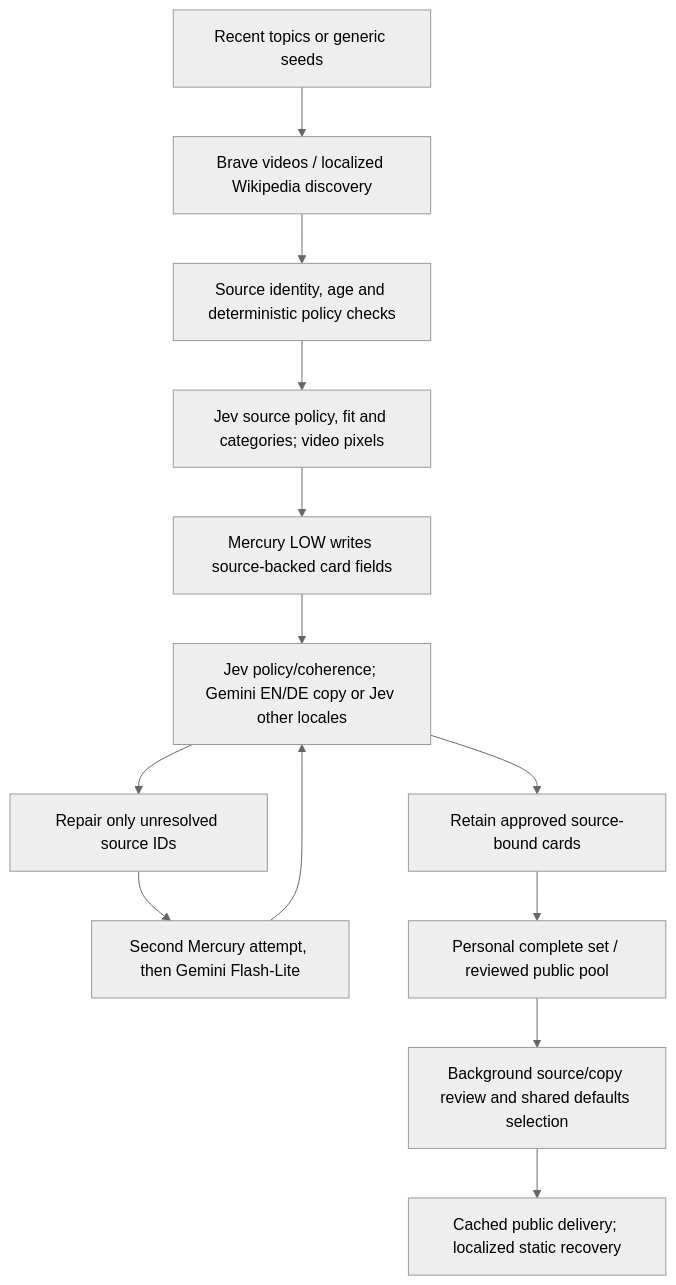
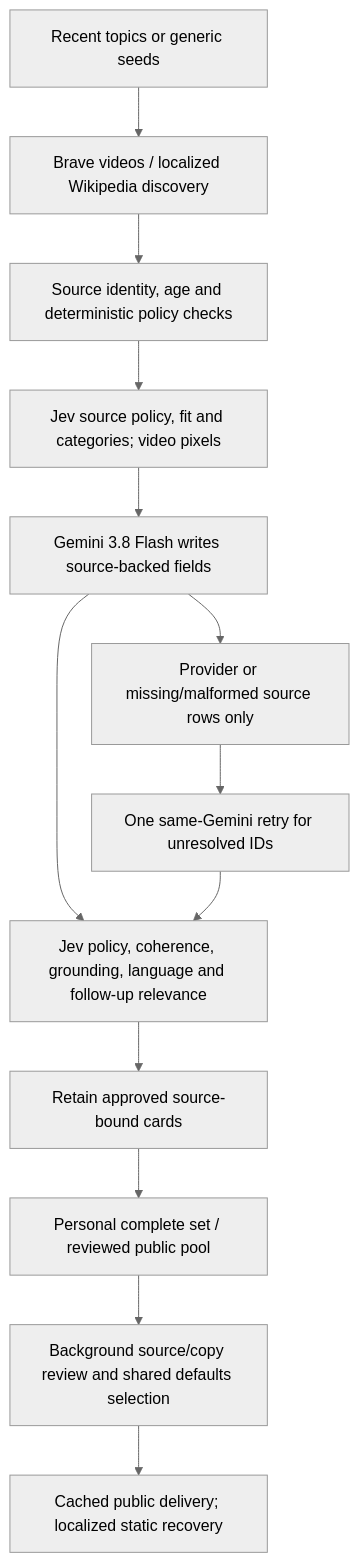
Before and after one commit to glowingkitty/OpenMates: the diagram in docs/architecture/frontend/daily-inspiration.md, drawn with Mermaid (neutral theme). The commit also changed other lines of this file and 25 other files, not shown here.

First line of the commit message:
fix: use one Gemini writer and Jev inspiration decisions

````diff
--- a/docs/architecture/frontend/daily-inspiration.md
+++ b/docs/architecture/frontend/daily-inspiration.md
@@ -189,15 +189,15 @@
 ```mermaid
 flowchart TD
     A[Recent topics or generic seeds] --> B[Brave videos / localized Wikipedia discovery]
     B --> C[Source identity, age and deterministic policy checks]
     C --> D[Jev source policy, fit and categories; video pixels]
-    D --> E[Mercury LOW writes source-backed card fields]
-    E --> F[Jev policy/coherence; Gemini EN/DE copy or Jev other locales]
+    D --> E[Gemini 3.8 Flash writes source-backed fields]
+    E --> F[Jev policy, coherence, grounding, language and follow-up relevance]
     F --> G[Retain approved source-bound cards]
-    F --> H[Repair only unresolved source IDs]
-    H --> I[Second Mercury attempt, then Gemini Flash-Lite]
+    E --> H[Provider or missing/malformed source rows only]
+    H --> I[One same-Gemini retry for unresolved IDs]
     I --> F
     G --> J[Personal complete set / reviewed public pool]
     J --> K[Background source/copy review and shared defaults selection]
     K --> L[Cached public delivery; localized static recovery]
 ```
````
